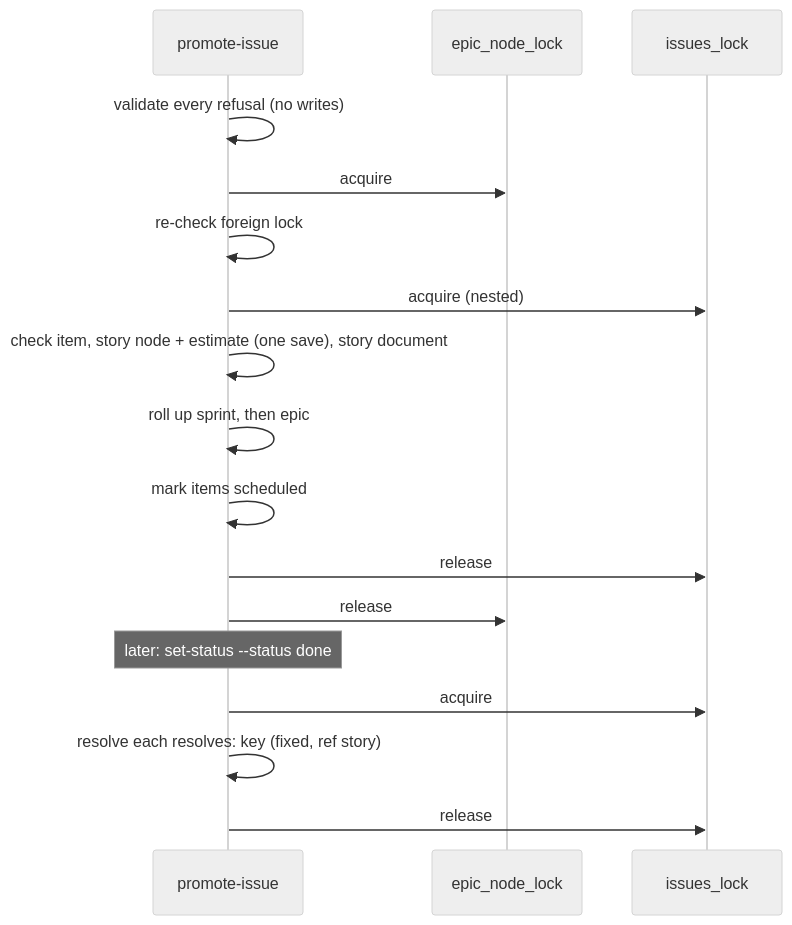
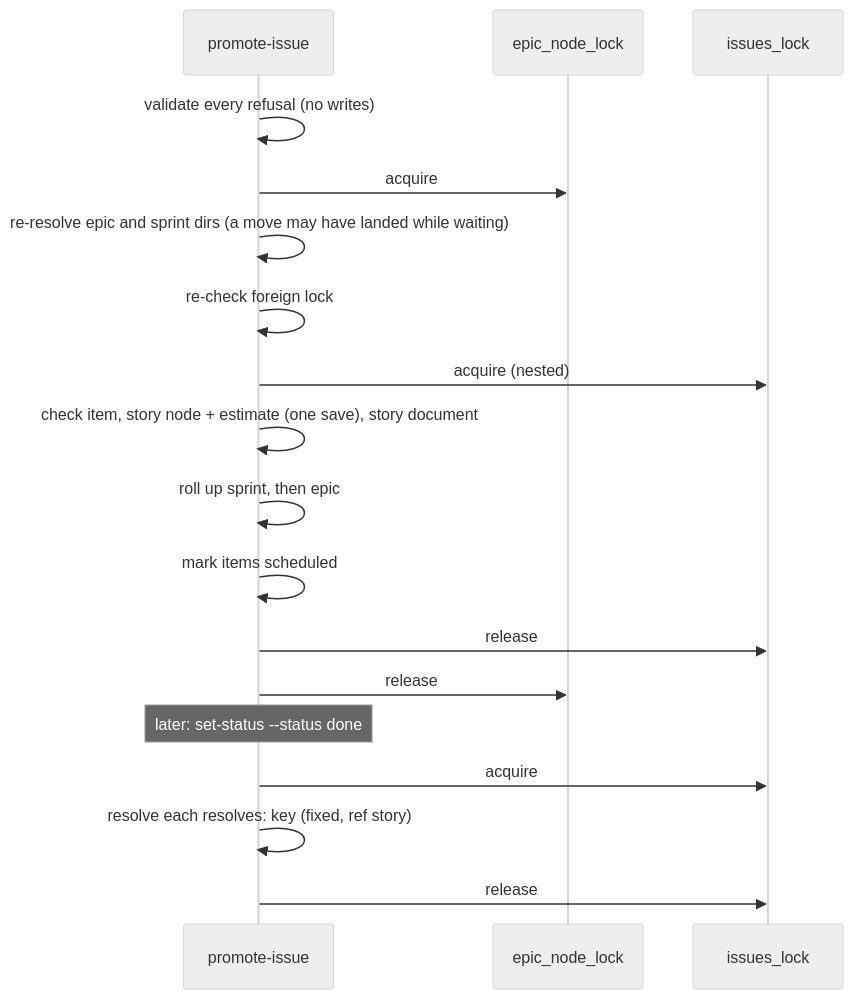
The second of 2 diagrams in docs/architecture.md (ravensorb/bmad-extensions), drawn with Mermaid (neutral theme) before and after one commit. The commit also changed other lines of this file and 15 other files, not shown here.

````diff
--- a/docs/architecture.md
+++ b/docs/architecture.md
@@ -142,19 +142,20 @@
 ```mermaid
 sequenceDiagram
     participant P as promote-issue
     participant E as epic_node_lock
     participant I as issues_lock
     P->>P: validate every refusal (no writes)
     P->>E: acquire
+    P->>P: re-resolve epic and sprint dirs (a move may have landed while waiting)
     P->>P: re-check foreign lock
     P->>I: acquire (nested)
     P->>P: check item, story node + estimate (one save), story document
     P->>P: roll up sprint, then epic
     P->>P: mark items scheduled
     P->>I: release
     P->>E: release
     Note over P: later: set-status --status done
     P->>I: acquire
     P->>P: resolve each resolves: key (fixed, ref story)
     P->>I: release
 ```
````
